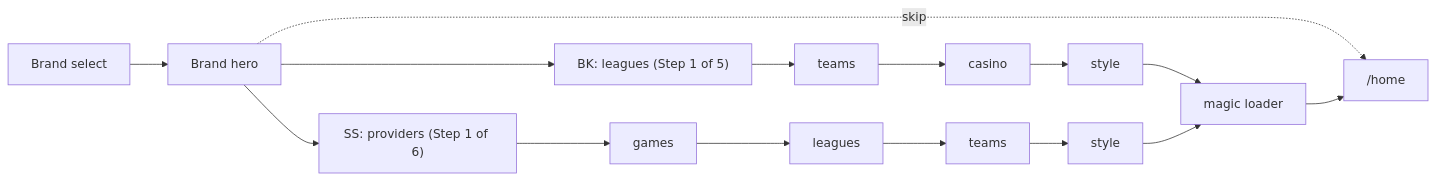
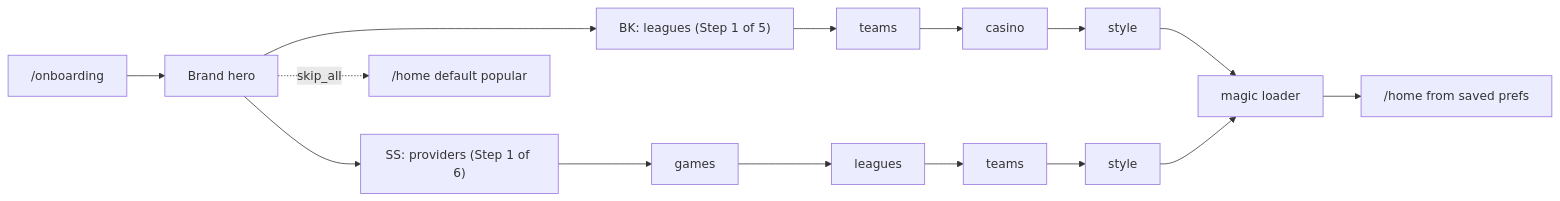
The diagram in docs/onboarding-flow.md (milostanojevic/illuminAIti-hackathon), drawn with Mermaid before and after one commit. The commit also changed other lines of this file and 16 other files, not shown here.

````diff
--- a/docs/onboarding-flow.md
+++ b/docs/onboarding-flow.md
@@ -21,12 +33,12 @@
 ```mermaid
 flowchart LR
-  brand[Brand select] --> hero["Brand hero"]
+  entry["/onboarding"] --> hero["Brand hero"]
   hero --> bkLeagues["BK: leagues (Step 1 of 5)"]
   hero --> ssProviders["SS: providers (Step 1 of 6)"]
-  hero -.skip.-> home["/home"]
+  hero -.skip_all.-> homeDefault["/home default popular"]
   bkLeagues --> bkTeams[teams] --> bkCasino[casino] --> bkStyle[style]
   ssProviders --> ssGames[games] --> ssLeagues[leagues] --> ssTeams[teams] --> ssStyle[style]
   bkStyle --> magic["magic loader"]
   ssStyle --> magic
-  magic --> home
+  magic --> home["/home from saved prefs"]
 ```
````
